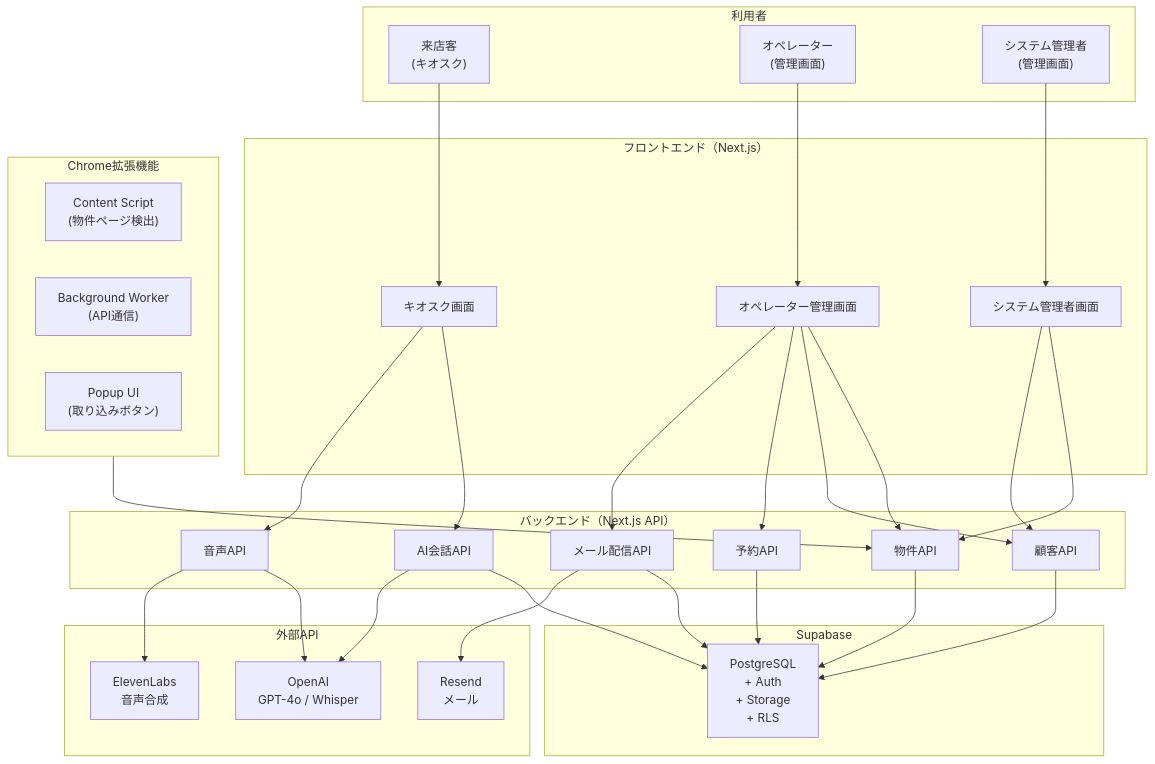
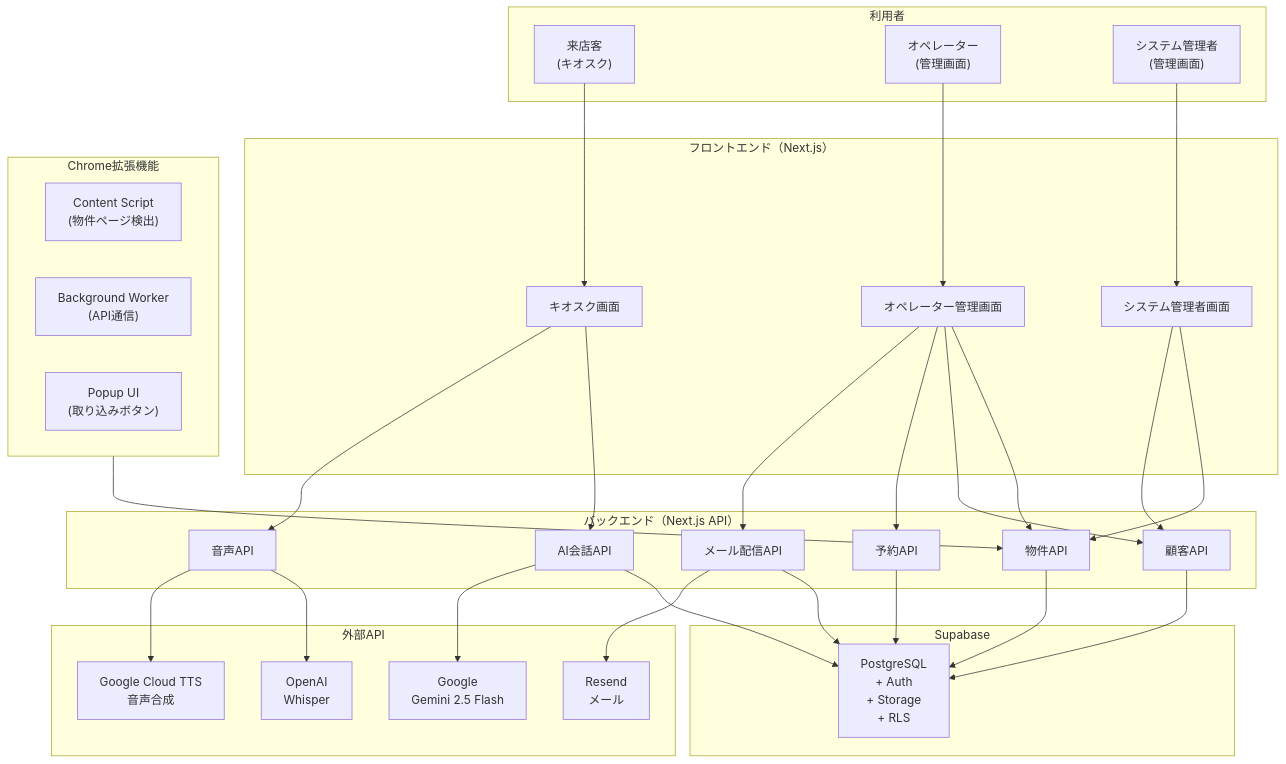
The first of 2 diagrams in docs/参考資料/md/02_システム設計書.md (koma-ry1117/madoguchi-ai), drawn with Mermaid before and after one commit. The commit also changed other lines of this file and 4 other files, not shown here.

````diff
--- a/docs/参考資料/md/02_システム設計書.md
+++ b/docs/参考資料/md/02_システム設計書.md
@@ -14,64 +14,65 @@
 ```mermaid
 flowchart TB
     subgraph Users["利用者"]
         Customer["来店客<br/>(キオスク)"]
         Operator["オペレーター<br/>(管理画面)"]
         Admin["システム管理者<br/>(管理画面)"]
     end
 
     subgraph Frontend["フロントエンド（Next.js）"]
         KioskUI["キオスク画面"]
         OperatorUI["オペレーター管理画面"]
         AdminUI["システム管理者画面"]
     end
 
     subgraph Backend["バックエンド（Next.js API）"]
         ChatAPI["AI会話API"]
         VoiceAPI["音声API"]
         PropertyAPI["物件API"]
         CustomerAPI["顧客API"]
         ViewingAPI["予約API"]
         EmailAPI["メール配信API"]
     end
 
     subgraph Supabase["Supabase"]
         PostgreSQL["PostgreSQL<br/>+ Auth<br/>+ Storage<br/>+ RLS"]
     end
 
     subgraph ExternalAPI["外部API"]
-        OpenAI["OpenAI<br/>GPT-4o / Whisper"]
-        ElevenLabs["ElevenLabs<br/>音声合成"]
+        Google["Google<br/>Gemini 2.5 Flash"]
+        OpenAI["OpenAI<br/>Whisper"]
+        GoogleTTS["Google Cloud TTS<br/>音声合成"]
         Resend["Resend<br/>メール"]
     end
 
     subgraph ChromeExt["Chrome拡張機能"]
         ContentScript["Content Script<br/>(物件ページ検出)"]
         BackgroundWorker["Background Worker<br/>(API通信)"]
         PopupUI["Popup UI<br/>(取り込みボタン)"]
     end
 
     Customer --> KioskUI
     Operator --> OperatorUI
     Admin --> AdminUI
 
     KioskUI --> ChatAPI
     KioskUI --> VoiceAPI
     OperatorUI --> PropertyAPI
     OperatorUI --> CustomerAPI
     OperatorUI --> ViewingAPI
     OperatorUI --> EmailAPI
     AdminUI --> PropertyAPI
     AdminUI --> CustomerAPI
 
     ChatAPI --> PostgreSQL
-    ChatAPI --> OpenAI
+    ChatAPI --> Google
     VoiceAPI --> OpenAI
-    VoiceAPI --> ElevenLabs
+    VoiceAPI --> GoogleTTS
     PropertyAPI --> PostgreSQL
     CustomerAPI --> PostgreSQL
     ViewingAPI --> PostgreSQL
     EmailAPI --> PostgreSQL
     EmailAPI --> Resend
 
     ChromeExt --> PropertyAPI
 ```
````
